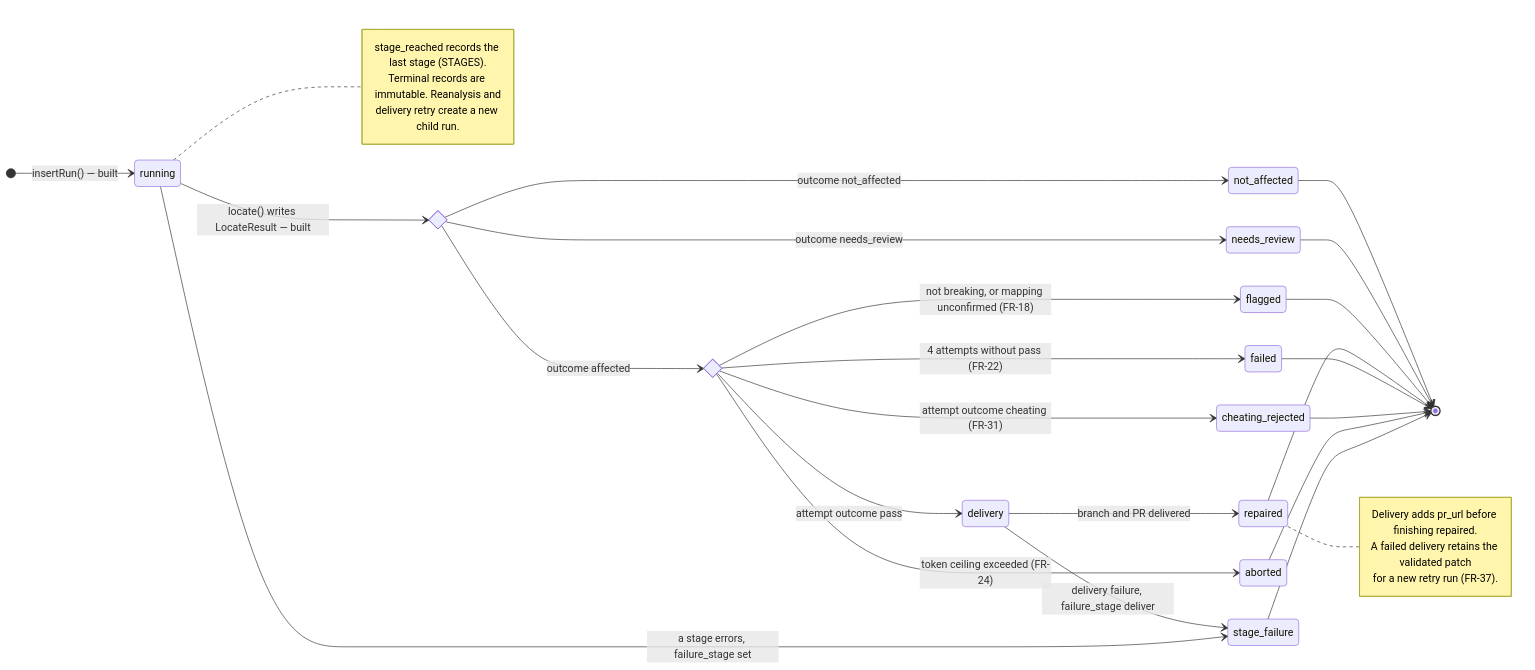
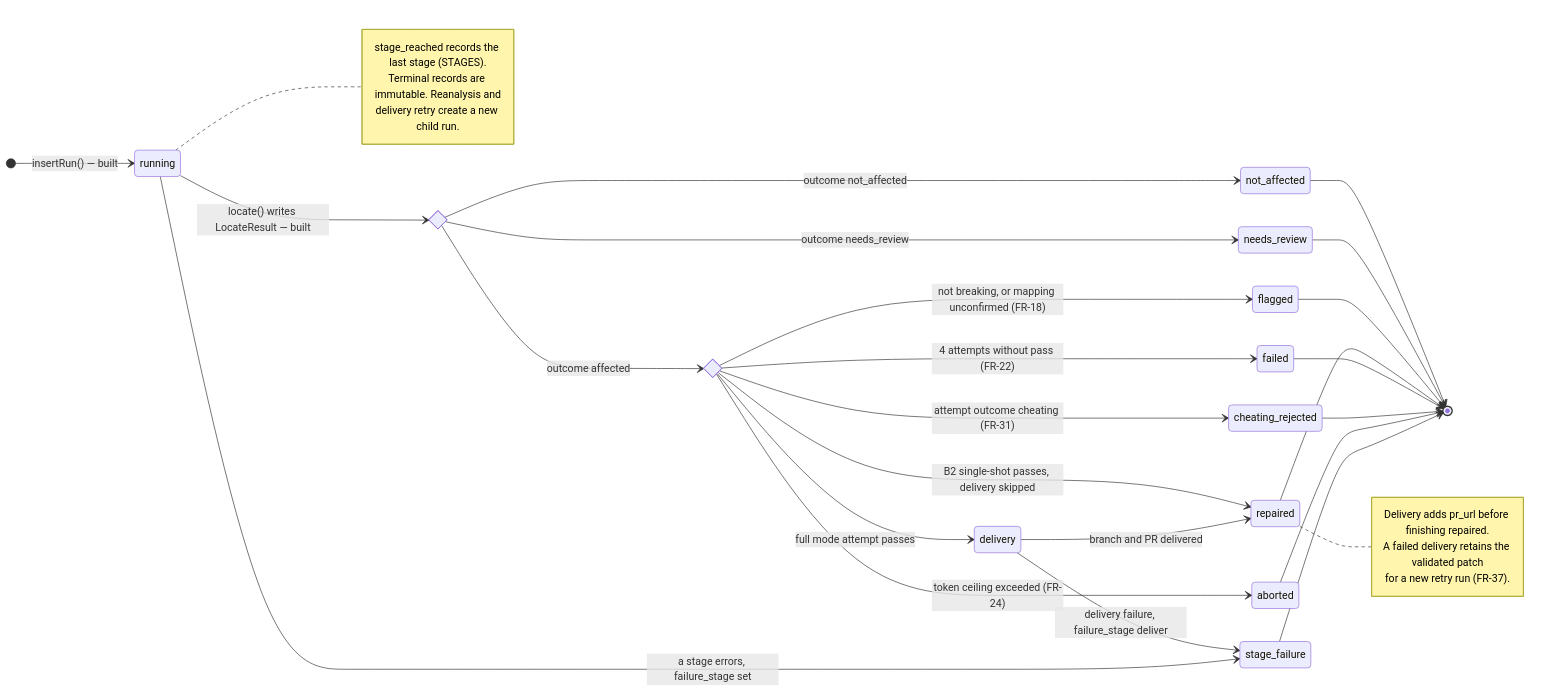
Before and after one commit to Bigyan1313/self_maintaining_api: the first of 3 diagrams in docs/diagrams/statecharts.md, drawn with Mermaid. The commit also changed other lines of this file and 5 other files, not shown here.

Commit message:
docs(deliverables): document spec retries and single-shot lifecycle

````diff
--- a/docs/diagrams/statecharts.md
+++ b/docs/diagrams/statecharts.md
@@ -29,37 +29,38 @@
 ```mermaid
 stateDiagram-v2
   direction LR
   [*] --> running : insertRun() — built
   state locate_outcome <<choice>>
   state repair_gate <<choice>>
   running --> locate_outcome : locate() writes LocateResult — built
   locate_outcome --> not_affected : outcome not_affected
   locate_outcome --> needs_review : outcome needs_review
   locate_outcome --> repair_gate : outcome affected
   repair_gate --> flagged : not breaking, or mapping unconfirmed (FR-18)
-  repair_gate --> delivery : attempt outcome pass
+  repair_gate --> delivery : full mode attempt passes
+  repair_gate --> repaired : B2 single-shot passes, delivery skipped
   delivery --> repaired : branch and PR delivered
   delivery --> stage_failure : delivery failure, failure_stage deliver
   repair_gate --> failed : 4 attempts without pass (FR-22)
   repair_gate --> cheating_rejected : attempt outcome cheating (FR-31)
   repair_gate --> aborted : token ceiling exceeded (FR-24)
   running --> stage_failure : a stage errors, failure_stage set
   not_affected --> [*]
   needs_review --> [*]
   flagged --> [*]
   repaired --> [*]
   failed --> [*]
   cheating_rejected --> [*]
   aborted --> [*]
   stage_failure --> [*]
   note right of running
     stage_reached records the last stage (STAGES).
     Terminal records are immutable. Reanalysis and
     delivery retry create a new child run.
   end note
   note right of repaired
     Delivery adds pr_url before finishing repaired.
     A failed delivery retains the validated patch
     for a new retry run (FR-37).
   end note
 ```
````
